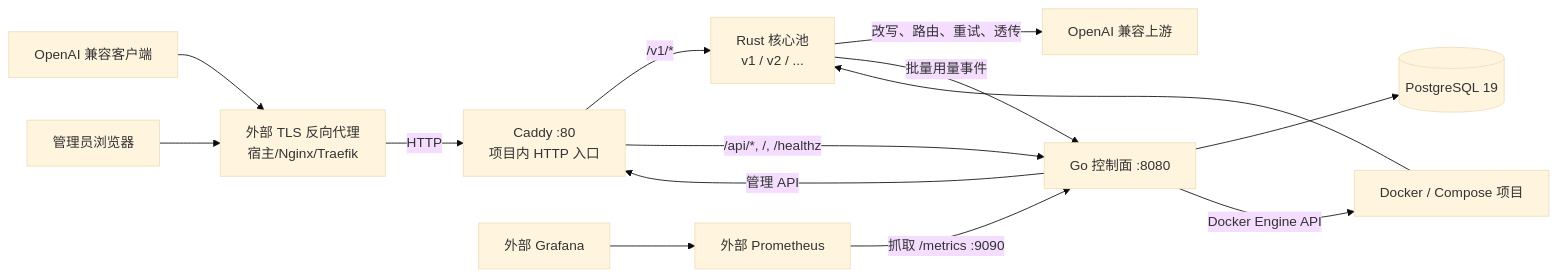
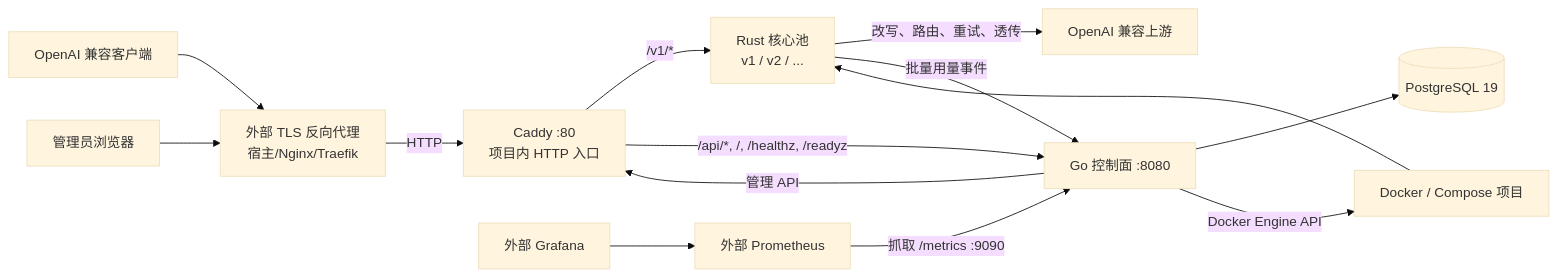
One commit to IvanLi-CN/token-ne changed the first of 8 diagrams in docs/architecture.md. Above: the diagram before and after it, drawn with Mermaid (base theme). The commit also changed other lines of this file and 31 other files, not shown here.

````diff
--- a/docs/architecture.md
+++ b/docs/architecture.md
@@ -26,16 +26,16 @@
 ```mermaid
 flowchart LR
     Client["OpenAI 兼容客户端"] --> TLS["外部 TLS 反向代理<br/>宿主/Nginx/Traefik"]
     TLS -->|"HTTP"| Caddy["Caddy :80<br/>项目内 HTTP 入口"]
     Caddy -->|"/v1/*"| Pool["Rust 核心池<br/>v1 / v2 / ..."]
-    Caddy -->|"/api/*, /, /healthz"| API["Go 控制面 :8080"]
+    Caddy -->|"/api/*, /, /healthz, /readyz"| API["Go 控制面 :8080"]
     Pool -->|"改写、路由、重试、透传"| Upstream["OpenAI 兼容上游"]
     Pool -->|"批量用量事件"| API
     API --> PG[("PostgreSQL 19")]
     API -->|"管理 API"| Caddy
     API -->|"Docker Engine API"| Docker["Docker / Compose 项目"]
     Docker --> Pool
     Prom["外部 Prometheus"] -->|"抓取 /metrics :9090"| API
     Grafana["外部 Grafana"] --> Prom
     Browser["管理员浏览器"] --> TLS
 ```
````
